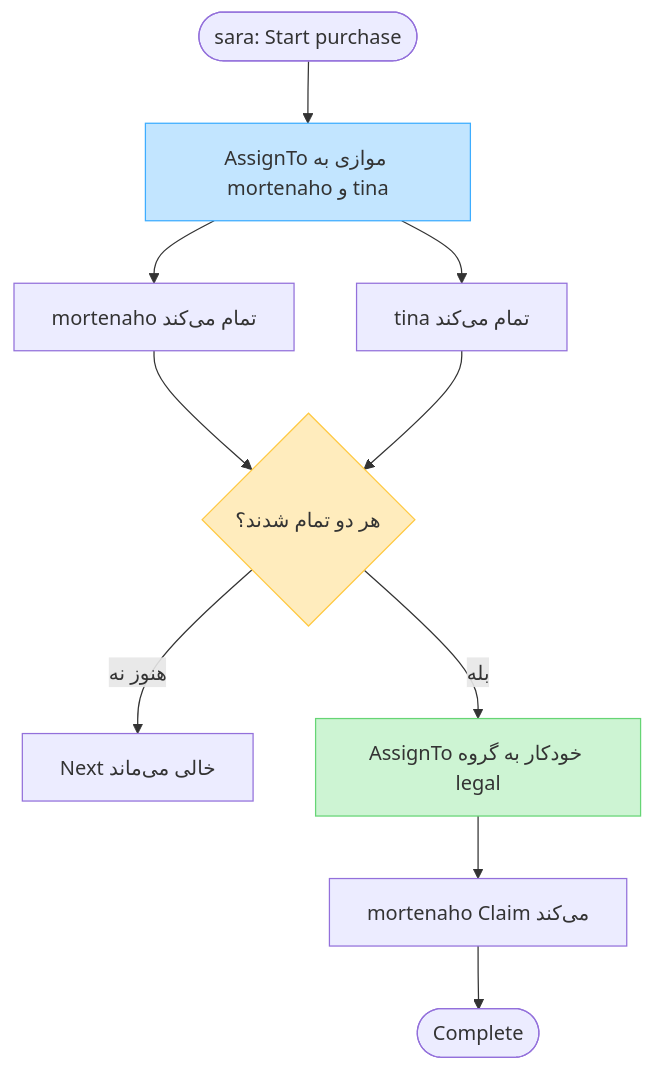
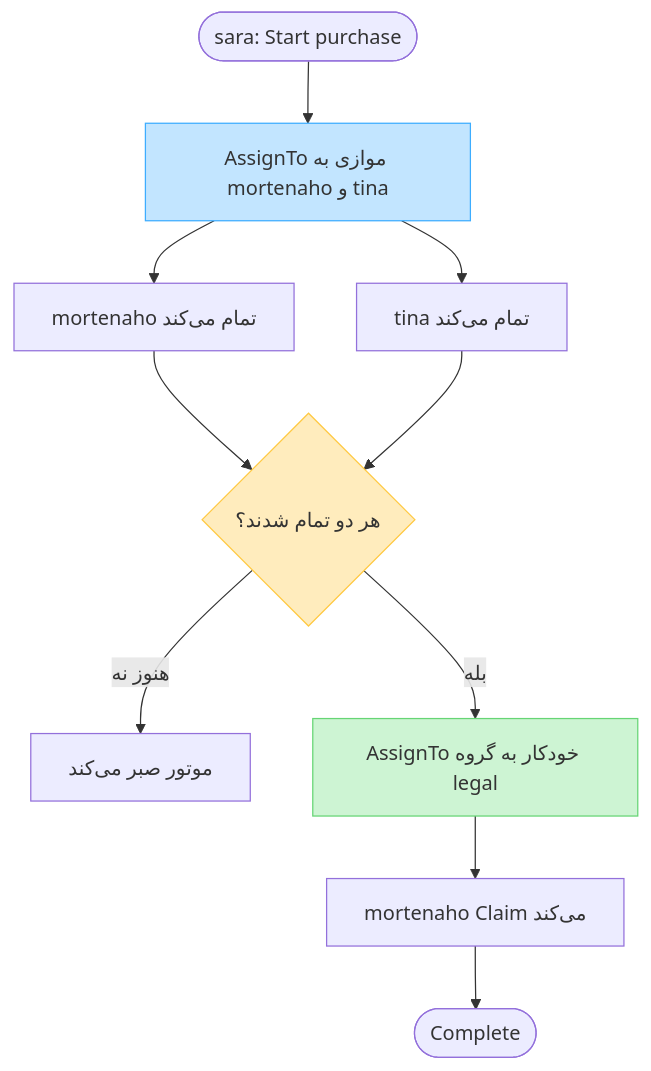
One commit to mortenaho/WorkFlowEngine changed the diagram in examples/README.md. Above: the diagram before and after it, drawn with Mermaid. The commit also changed other lines of this file and 8 other files, not shown here.

````diff
--- a/examples/README.md
+++ b/examples/README.md
@@ -24,16 +24,16 @@
 ```mermaid
 flowchart TD
     start([sara: Start purchase]) --> parallel["AssignTo موازی به mortenaho و tina"]
     parallel --> a[mortenaho تمام می‌کند]
     parallel --> b[tina تمام می‌کند]
     a --> gate{هر دو تمام شدند؟}
     b --> gate
-    gate -->|"هنوز نه"| wait[Next خالی می‌ماند]
+    gate -->|"هنوز نه"| wait[موتور صبر می‌کند]
     gate -->|"بله"| legal["AssignTo خودکار به گروه legal"]
     legal --> claim[mortenaho Claim می‌کند]
     claim --> done([Complete])
 
     style parallel fill:#C2E5FF,stroke:#3DADFF
     style gate fill:#FFECBD,stroke:#FFC943
     style legal fill:#CDF4D3,stroke:#66D575
 ```
````
